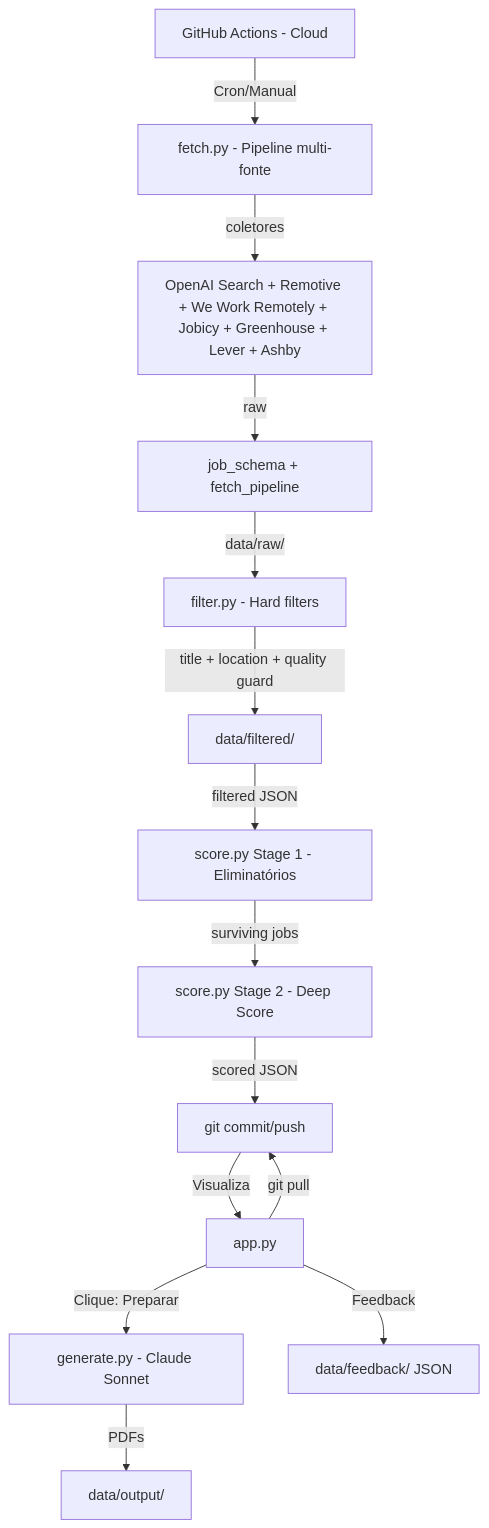
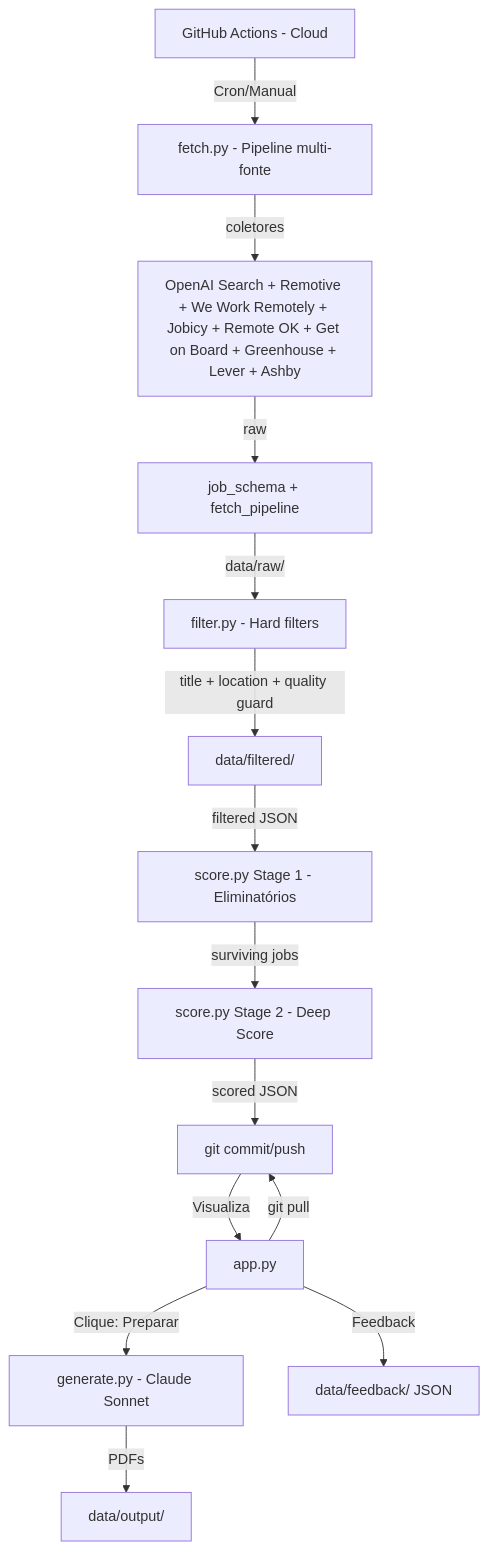
The diagram in ARCHITECTURE.md (gmaiarviana/job_radar), drawn with Mermaid before and after one commit. The commit also changed other lines of this file and 1 other file, not shown here.

````diff
--- a/ARCHITECTURE.md
+++ b/ARCHITECTURE.md
@@ -11,17 +11,17 @@
 ```mermaid
 graph TD
     A[GitHub Actions - Cloud] -->|Cron/Manual| B[fetch.py - Pipeline multi-fonte]
-    B -->|coletores| B1[OpenAI Search + Remotive + We Work Remotely + Jobicy + Greenhouse + Lever + Ashby]
+    B -->|coletores| B1[OpenAI Search + Remotive + We Work Remotely + Jobicy + Remote OK + Get on Board + Greenhouse + Lever + Ashby]
     B1 -->|raw| B2[job_schema + fetch_pipeline]
     B2 -->|data/raw/| B3[filter.py - Hard filters]
     B3 -->|title + location + quality guard| B4[data/filtered/]
     B4 -->|filtered JSON| C[score.py Stage 1 - Eliminatórios]
     C -->|surviving jobs| D[score.py Stage 2 - Deep Score]
     D -->|scored JSON| E[git commit/push]
     
     F[Streamlit - Local] -->|git pull| E
     E -->|Visualiza| F[app.py]
     F -->|Clique: Preparar| G[generate.py - Claude Sonnet]
     G -->|PDFs| H[data/output/]
     F -->|Feedback| I[data/feedback/ JSON]
 ```
````
